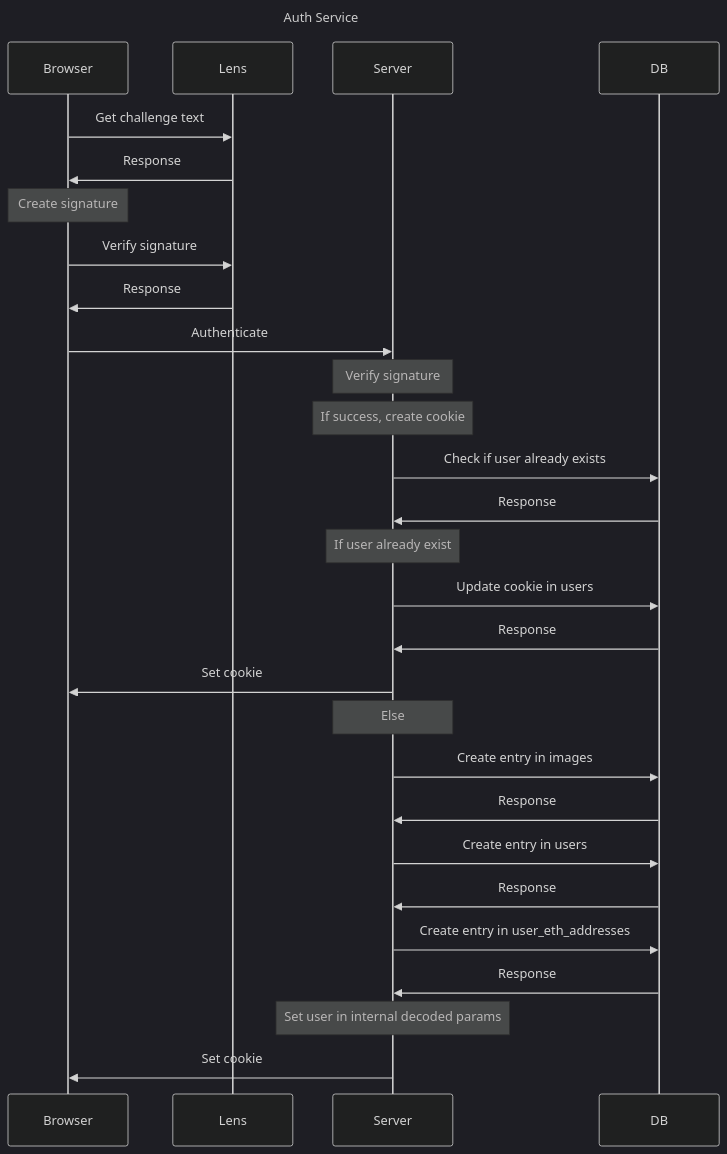
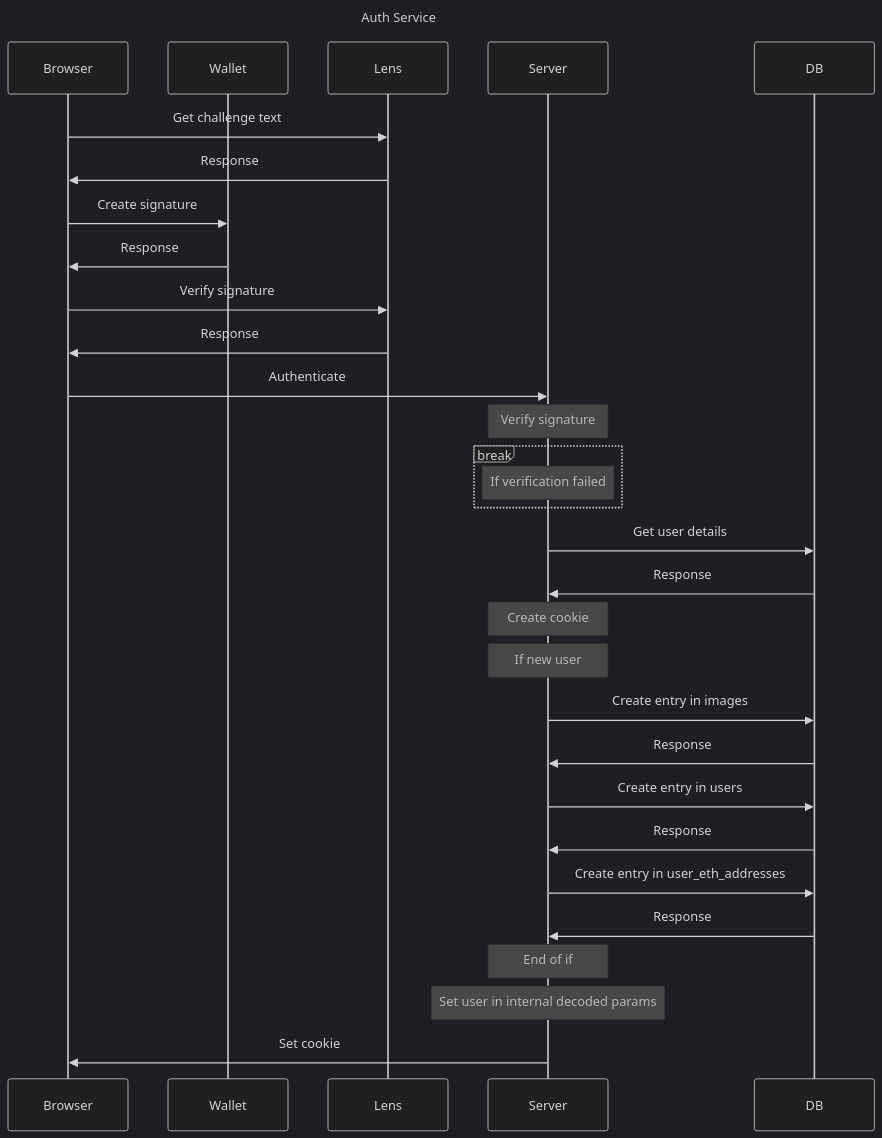
The diagram in docs/sequenceDiagrams/authFlow.mermaid (TrueSparrowSystems/whisper-chain-be), drawn with Mermaid (dark theme) before and after one commit.

Commit message:
auth flow sequence diagram

```diff
--- a/docs/sequenceDiagrams/authFlow.mermaid
+++ b/docs/sequenceDiagrams/authFlow.mermaid
@@ -1,43 +1,47 @@
 %% Documentation: https://github.com/mermaid-js/mermaid
 %% Editor: https://mermaid.live/edit
 
 sequenceDiagram
 title Auth Service 
 
 participant Browser
+participant Wallet
 participant Platform as Lens
 participant Server
 participant DB
 
 Browser->>Platform: Get challenge text
 Platform->>Browser: Response
 
-note over Browser: Create signature
+Browser->>Wallet: Create signature
+Wallet->>Browser: Response
 
 Browser->>Platform: Verify signature
 Platform->>Browser: Response
 
 Browser->>Server: Authenticate
 
 note over Server: Verify signature
-note over Server: If success, create cookie
+break
+    note over Server: If verification failed
+end
 
-Server->>DB: Check if user already exists
+
+Server->>DB: Get user details
 DB->>Server: Response
 
-note over Server: If user already exist
-Server->>DB: Update cookie in users
-DB->>Server: Response
-Server->>Browser: Set cookie
-note over Server: Else
+note over Server: Create cookie
+
+note over Server: If new user
 
 Server->>DB: Create entry in images
 DB->>Server: Response
 Server->>DB: Create entry in users
 DB->>Server: Response
 Server->>DB: Create entry in user_eth_addresses
 DB->>Server: Response
 
+note over Server: End of if
 note over Server: Set user in internal decoded params
 
 Server->>Browser: Set cookie
```
